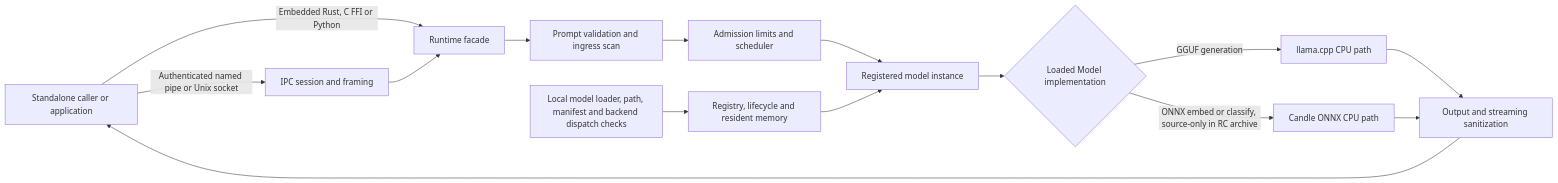
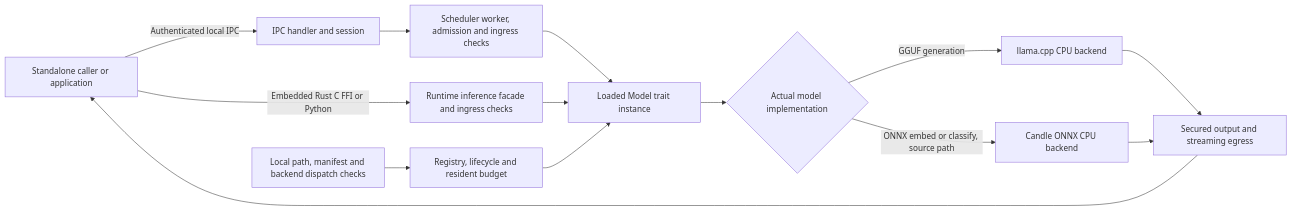
One commit to MythologIQ-Labs-LLC/GG-CORE changed the diagram in README.md. Above: the diagram before and after it, drawn with Mermaid.

Commit message:
docs(diagrams): distinguish IPC from embedded execution and show true dependency direction [skip ci]

````diff
--- a/README.md
+++ b/README.md
@@ -76,18 +76,17 @@
 ```mermaid
 flowchart LR
     Host[Standalone caller or application]
-    Host -->|Authenticated named pipe or Unix socket| IPC[IPC session and framing]
-    Host -->|Embedded Rust, C FFI or Python| API[Runtime facade]
-    IPC --> API
-    API --> Ingress[Prompt validation and ingress scan]
-    Ingress --> Queue[Admission limits and scheduler]
-    Queue --> Model[Registered model instance]
-    Model --> Backend{Loaded Model implementation}
-    Backend -->|GGUF generation| GGUF[llama.cpp CPU path]
-    Backend -->|ONNX embed or classify, source-only in RC archive| ONNX[Candle ONNX CPU path]
-    GGUF --> Egress[Output and streaming sanitization]
+    Host -->|Authenticated local IPC| IPC[IPC handler and session]
+    IPC --> Worker[Scheduler worker, admission and ingress checks]
+    Host -->|Embedded Rust C FFI or Python| Facade[Runtime inference facade and ingress checks]
+    Worker --> Model[Loaded Model trait instance]
+    Facade --> Model
+    Model --> Engine{Actual model implementation}
+    Engine -->|GGUF generation| GGUF[llama.cpp CPU backend]
+    Engine -->|ONNX embed or classify, source path| ONNX[Candle ONNX CPU backend]
+    GGUF --> Egress[Secured output and streaming egress]
     ONNX --> Egress
     Egress --> Host
-    Loader[Local model loader, path, manifest and backend dispatch checks] --> Lifecycle[Registry, lifecycle and resident memory]
+    Loader[Local path, manifest and backend dispatch checks] --> Lifecycle[Registry, lifecycle and resident budget]
     Lifecycle --> Model
 ```
````
